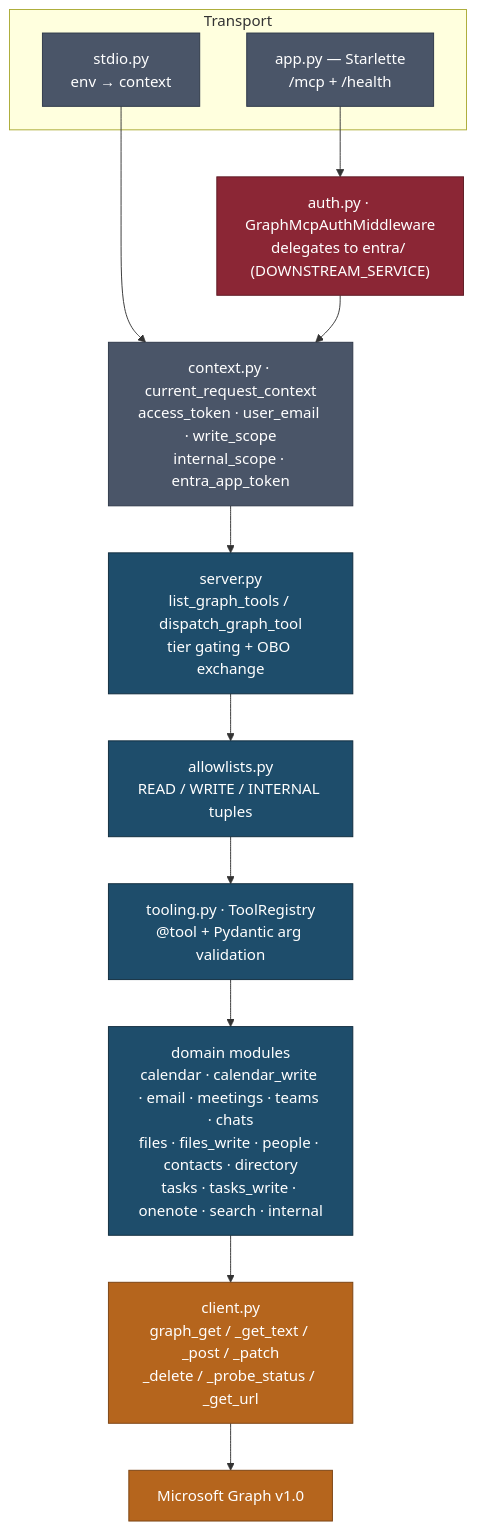
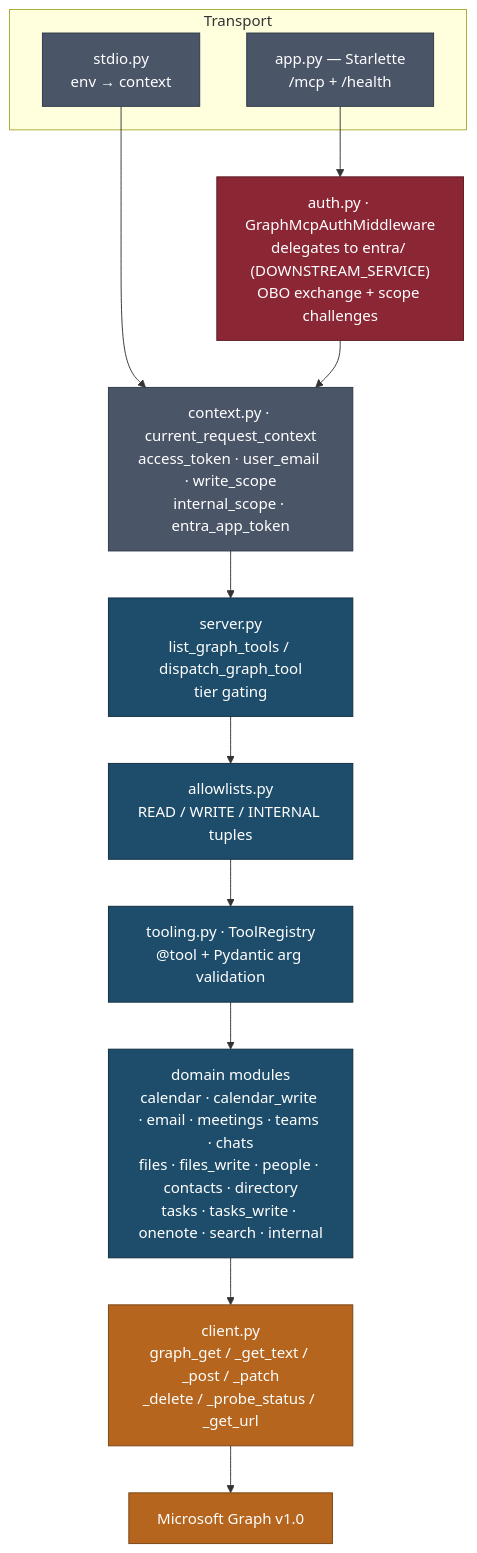
The diagram in CLAUDE.md (nitin27may/ms-graph-mcp), drawn with Mermaid before and after one commit. The commit also changed other lines of this file and 21 other files, not shown here.

````diff
--- a/CLAUDE.md
+++ b/CLAUDE.md
@@ -51,28 +51,28 @@
 ```mermaid
 flowchart TD
     subgraph transport["Transport"]
         STDIO["stdio.py<br/>env → context"]
         HTTP["app.py — Starlette<br/>/mcp + /health"]
     end
-    AUTH["auth.py · GraphMcpAuthMiddleware<br/>delegates to entra/ (DOWNSTREAM_SERVICE)"]
+    AUTH["auth.py · GraphMcpAuthMiddleware<br/>delegates to entra/ (DOWNSTREAM_SERVICE)<br/>OBO exchange + scope challenges"]
     CTX["context.py · current_request_context<br/>access_token · user_email · write_scope<br/>internal_scope · entra_app_token"]
-    SRV["server.py<br/>list_graph_tools / dispatch_graph_tool<br/>tier gating + OBO exchange"]
+    SRV["server.py<br/>list_graph_tools / dispatch_graph_tool<br/>tier gating"]
     ALLOW["allowlists.py<br/>READ / WRITE / INTERNAL tuples"]
     REG["tooling.py · ToolRegistry<br/>@tool + Pydantic arg validation"]
     DOM["domain modules<br/>calendar · calendar_write · email · meetings · teams · chats<br/>files · files_write · people · contacts · directory<br/>tasks · tasks_write · onenote · search · internal"]
     CLIENT["client.py<br/>graph_get / _get_text / _post / _patch<br/>_delete / _probe_status / _get_url"]
     GRAPH["Microsoft Graph v1.0"]
 
     STDIO --> CTX
     HTTP --> AUTH --> CTX --> SRV
     SRV --> ALLOW --> REG --> DOM --> CLIENT --> GRAPH
 
     classDef core fill:#1e4d6b,stroke:#0f2b3d,color:#fff
     classDef boundary fill:#8b2635,stroke:#5c1922,color:#fff
     classDef edge fill:#b5651d,stroke:#7a4212,color:#fff
     classDef infra fill:#4a5568,stroke:#2d3748,color:#fff
     class SRV,ALLOW,REG,DOM core
     class AUTH boundary
     class CLIENT,GRAPH edge
     class STDIO,HTTP,CTX infra
 ```
````
